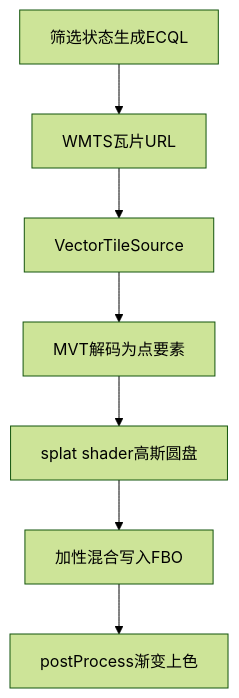
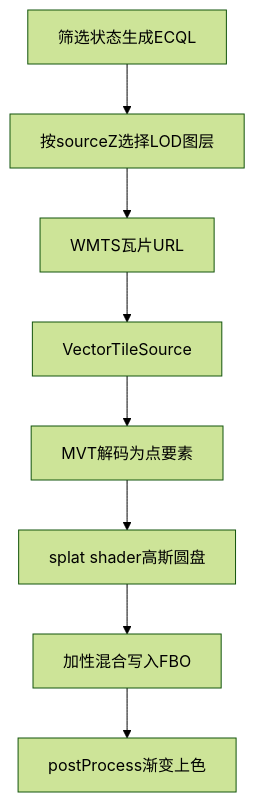
One commit to zheyi420/Dev-Wiki changed the first of 2 diagrams in Blog/mvt-webgl_heatmap-ccl/03-前端-热力图WebGL渲染管线.md. Above: the diagram before and after it, drawn with Mermaid (forest theme). The commit also changed other lines of this file and 2 other files, not shown here.

````diff
--- a/Blog/mvt-webgl_heatmap-ccl/03-前端-热力图WebGL渲染管线.md
+++ b/Blog/mvt-webgl_heatmap-ccl/03-前端-热力图WebGL渲染管线.md
@@ -87,11 +89,12 @@
 ```mermaid
 flowchart TB
   filter[筛选状态生成ECQL]
+  resolveLod[按sourceZ选择LOD图层]
   url[WMTS瓦片URL]
   vts[VectorTileSource]
   decode[MVT解码为点要素]
   splat[splat shader高斯圆盘]
   fbo[加性混合写入FBO]
   grad[postProcess渐变上色]
-  filter --> url --> vts --> decode --> splat --> fbo --> grad
+  filter --> resolveLod --> url --> vts --> decode --> splat --> fbo --> grad
 ```
````
